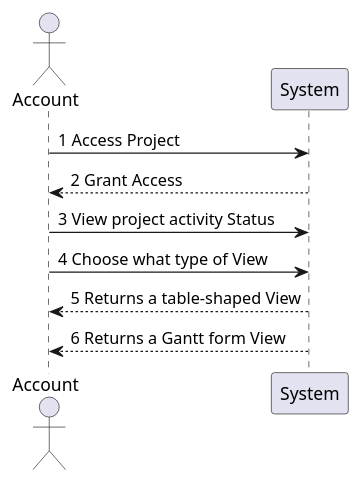
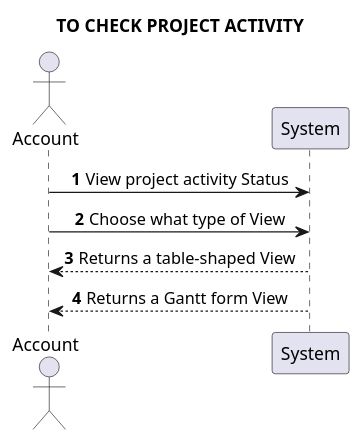
One commit to Loracline/project_switch_22-23 changed diagram 18 of 25 in docs/data_model/System Sequence Diagram.puml. Above: the diagram before and after it, drawn with PlantUML. The commit also changed other lines of this file, not shown here.

First line of the commit message:
[None US number]: [Project]: [System Sequence Diagram]

```diff
--- a/docs/data_model/System Sequence Diagram.puml
+++ b/docs/data_model/System Sequence Diagram.puml
@@ -185,9 +208,10 @@
 @startuml
+skinparam sequenceMessageAlign center
+autonumber
+title TO CHECK PROJECT ACTIVITY
 actor Account
-Account -> System:1 Access Project
-System --> Account:2 Grant Access
-Account -> System:3 View project activity Status
-Account -> System:4 Choose what type of View
-System --> Account:5 Returns a table-shaped View
-System --> Account:6 Returns a Gantt form View
+Account -> System: View project activity Status
+Account -> System: Choose what type of View
+System --> Account: Returns a table-shaped View
+System --> Account: Returns a Gantt form View
 @enduml
```
